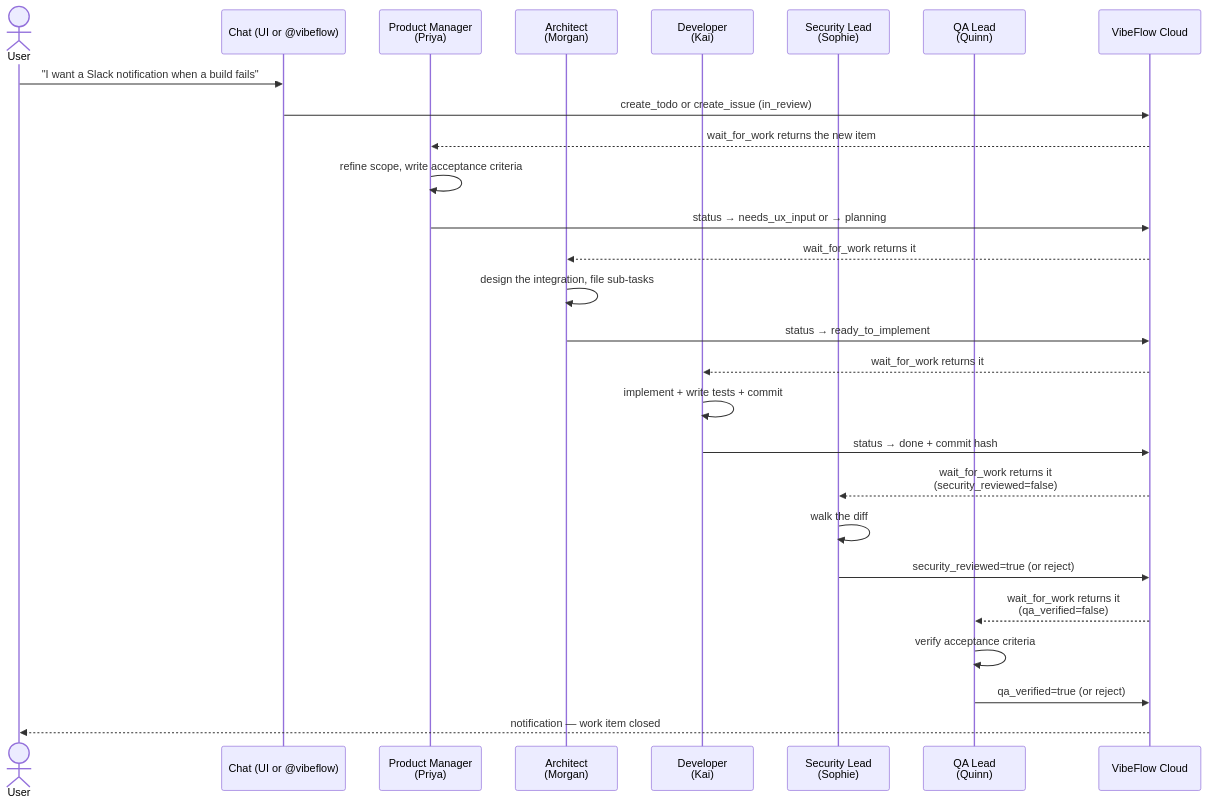
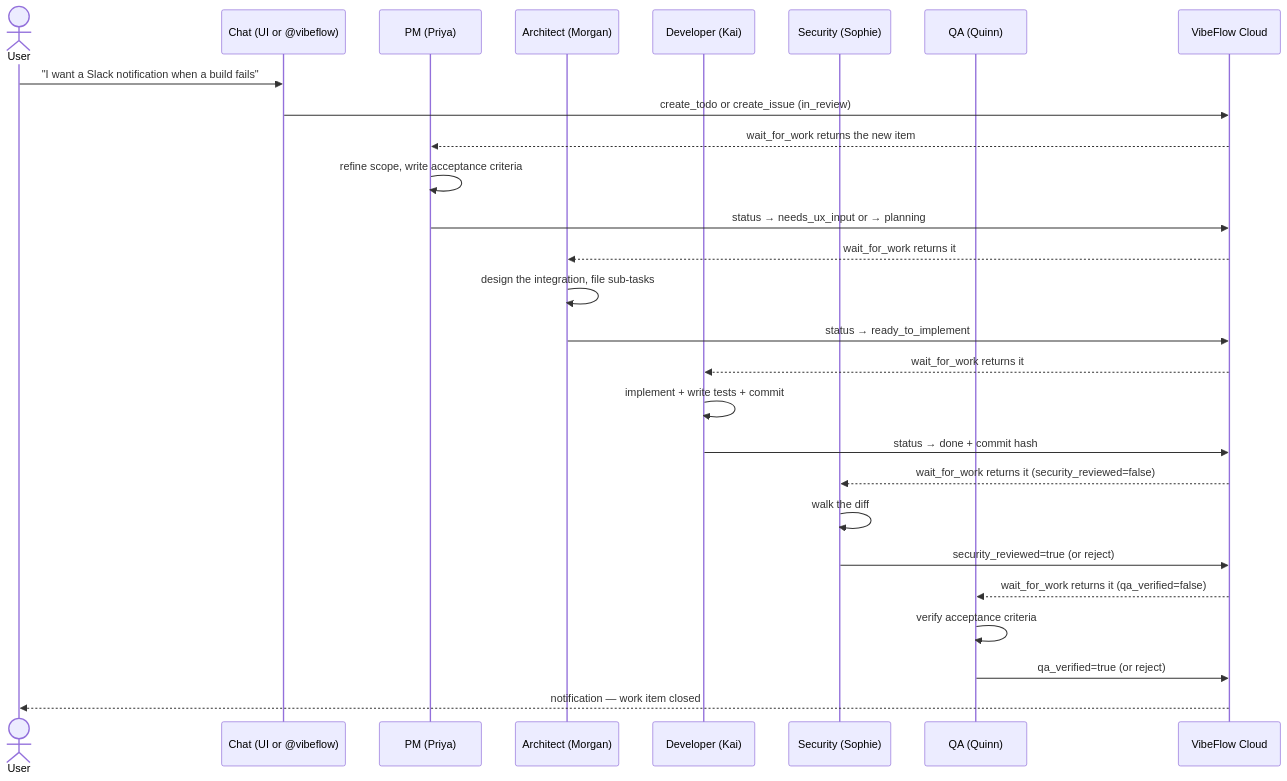
Before and after one commit to axiom-studio/vscode-vibeflow: the sixth of 8 diagrams in docs/vscode-vibeflow/docs/workflows-and-flows.md, drawn with Mermaid. The commit also changed other lines of this file, not shown here.

Commit message:
fix: resolve Mermaid 11.15 syntax errors in workflows-and-flows
Remove <br/> from participant aliases (not supported in Mermaid 11.x),
strip <angle-bracket> placeholders that parse as HTML tags, and clean
up multi-line notes into single-line form. Fixes "Syntax error in text"
rendering failures.

````diff
--- a/docs/vscode-vibeflow/docs/workflows-and-flows.md
+++ b/docs/vscode-vibeflow/docs/workflows-and-flows.md
@@ -213,30 +213,30 @@
 ```mermaid
 sequenceDiagram
     actor User
     participant Chat as Chat (UI or @vibeflow)
-    participant PM as Product Manager<br/>(Priya)
-    participant Arch as Architect<br/>(Morgan)
-    participant Dev as Developer<br/>(Kai)
-    participant Sec as Security Lead<br/>(Sophie)
-    participant QA as QA Lead<br/>(Quinn)
+    participant PM as PM (Priya)
+    participant Arch as Architect (Morgan)
+    participant Dev as Developer (Kai)
+    participant Sec as Security (Sophie)
+    participant QA as QA (Quinn)
     participant Server as VibeFlow Cloud
 
     User->>Chat: "I want a Slack notification when a build fails"
     Chat->>Server: create_todo or create_issue (in_review)
     Server-->>PM: wait_for_work returns the new item
     PM->>PM: refine scope, write acceptance criteria
     PM->>Server: status → needs_ux_input or → planning
     Server-->>Arch: wait_for_work returns it
     Arch->>Arch: design the integration, file sub-tasks
     Arch->>Server: status → ready_to_implement
     Server-->>Dev: wait_for_work returns it
     Dev->>Dev: implement + write tests + commit
     Dev->>Server: status → done + commit hash
-    Server-->>Sec: wait_for_work returns it<br/>(security_reviewed=false)
+    Server-->>Sec: wait_for_work returns it (security_reviewed=false)
     Sec->>Sec: walk the diff
     Sec->>Server: security_reviewed=true (or reject)
-    Server-->>QA: wait_for_work returns it<br/>(qa_verified=false)
+    Server-->>QA: wait_for_work returns it (qa_verified=false)
     QA->>QA: verify acceptance criteria
     QA->>Server: qa_verified=true (or reject)
     Server-->>User: notification — work item closed
 ```
````
